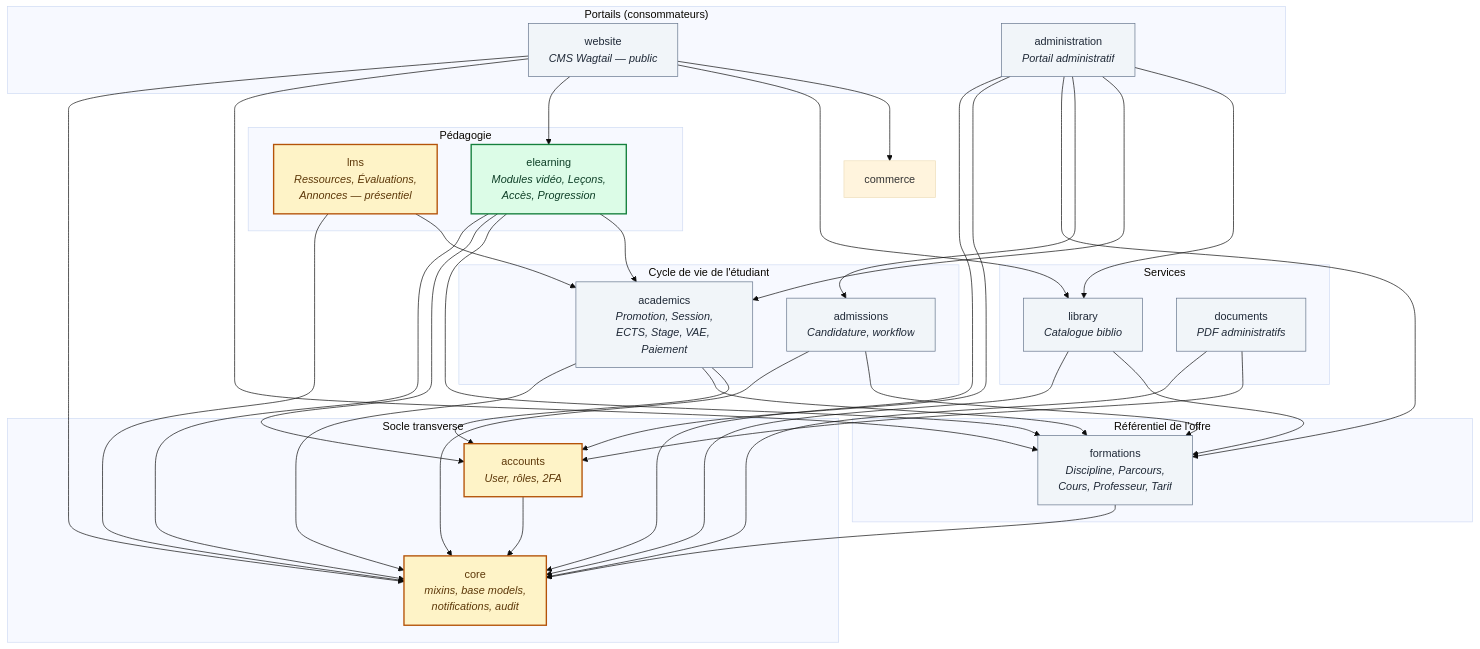
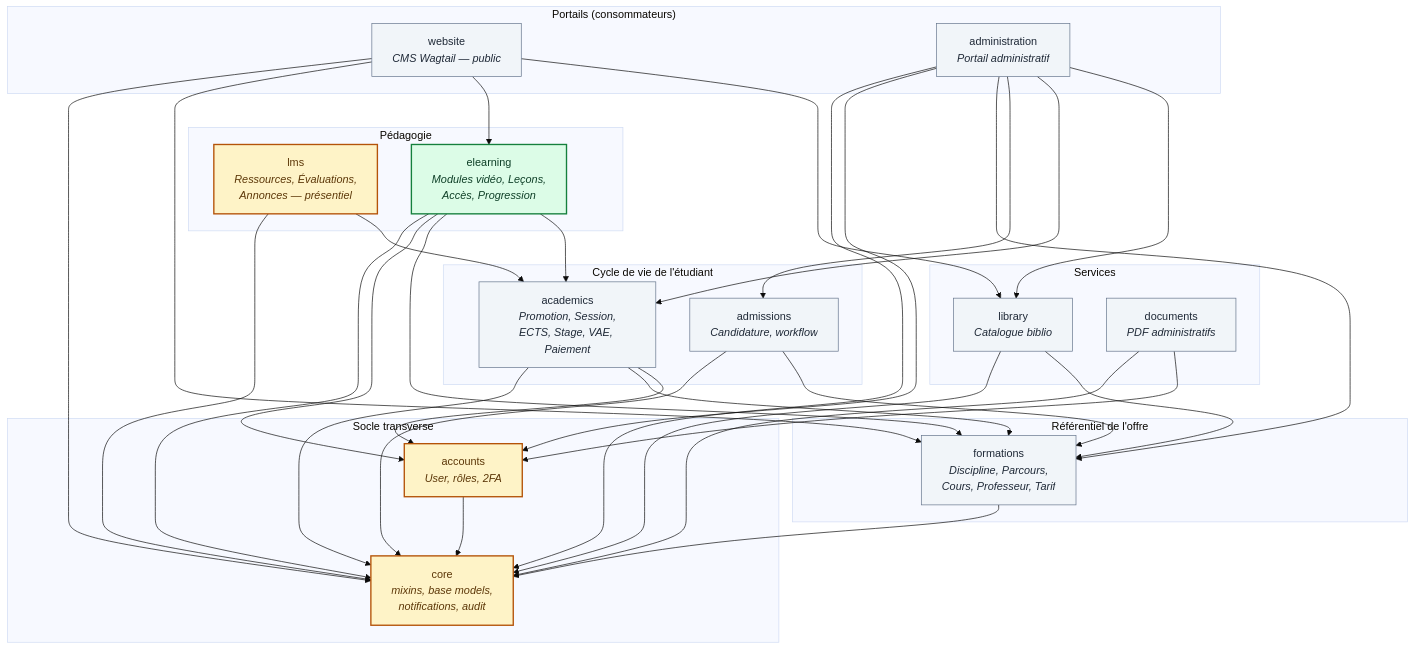
Before and after one commit to beaudelaire1/iteag: the second of 22 diagrams in docs/architecture/uml.md, drawn with Mermaid (base theme). The commit also changed other lines of this file and 158 other files, not shown here.

````diff
--- a/docs/architecture/uml.md
+++ b/docs/architecture/uml.md
@@ -145,49 +145,49 @@
 ```mermaid
 graph TB
     subgraph SOCLE["Socle transverse"]
         core["core<br/><i>mixins, base models,<br/>notifications, audit</i>"]
         accounts["accounts<br/><i>User, rôles, 2FA</i>"]
     end
 
     subgraph REFERENTIEL["Référentiel de l'offre"]
         formations["formations<br/><i>Discipline, Parcours,<br/>Cours, Professeur, Tarif</i>"]
     end
 
     subgraph PARCOURS_ETU["Cycle de vie de l'étudiant"]
         admissions["admissions<br/><i>Candidature, workflow</i>"]
         academics["academics<br/><i>Promotion, Session,<br/>ECTS, Stage, VAE, Paiement</i>"]
     end
 
     subgraph PEDAGOGIE["Pédagogie"]
         lms["lms<br/><i>Ressources, Évaluations,<br/>Annonces — présentiel</i>"]
         elearning["elearning<br/><i>Modules vidéo, Leçons,<br/>Accès, Progression</i>"]
     end
 
     subgraph SERVICES["Services"]
         library["library<br/><i>Catalogue biblio</i>"]
         documents["documents<br/><i>PDF administratifs</i>"]
     end
 
     subgraph PORTAILS["Portails (consommateurs)"]
         website["website<br/><i>CMS Wagtail — public</i>"]
         administration["administration<br/><i>Portail administratif</i>"]
     end
 
     accounts --> core
     formations --> core
     admissions --> core & formations
     academics --> core & formations & accounts
     lms --> core & academics
     elearning --> core & accounts & formations & academics
     library --> core & formations
     documents --> core & accounts
-    website --> core & formations & elearning & library & commerce
+    website --> core & formations & elearning & library
     administration --> core & accounts & formations & admissions & academics & library
 
     classDef nouveau fill:#DCFCE7,stroke:#15803D,stroke-width:2px,color:#0E3F27
     classDef etendre fill:#FEF3C7,stroke:#B45309,stroke-width:2px,color:#5C3708
     classDef existant fill:#F1F5F9,stroke:#64748B,color:#1F2937
     class elearning nouveau
     class core,accounts,lms etendre
     class formations,admissions,academics,library,documents,website,administration existant
 ```
````
